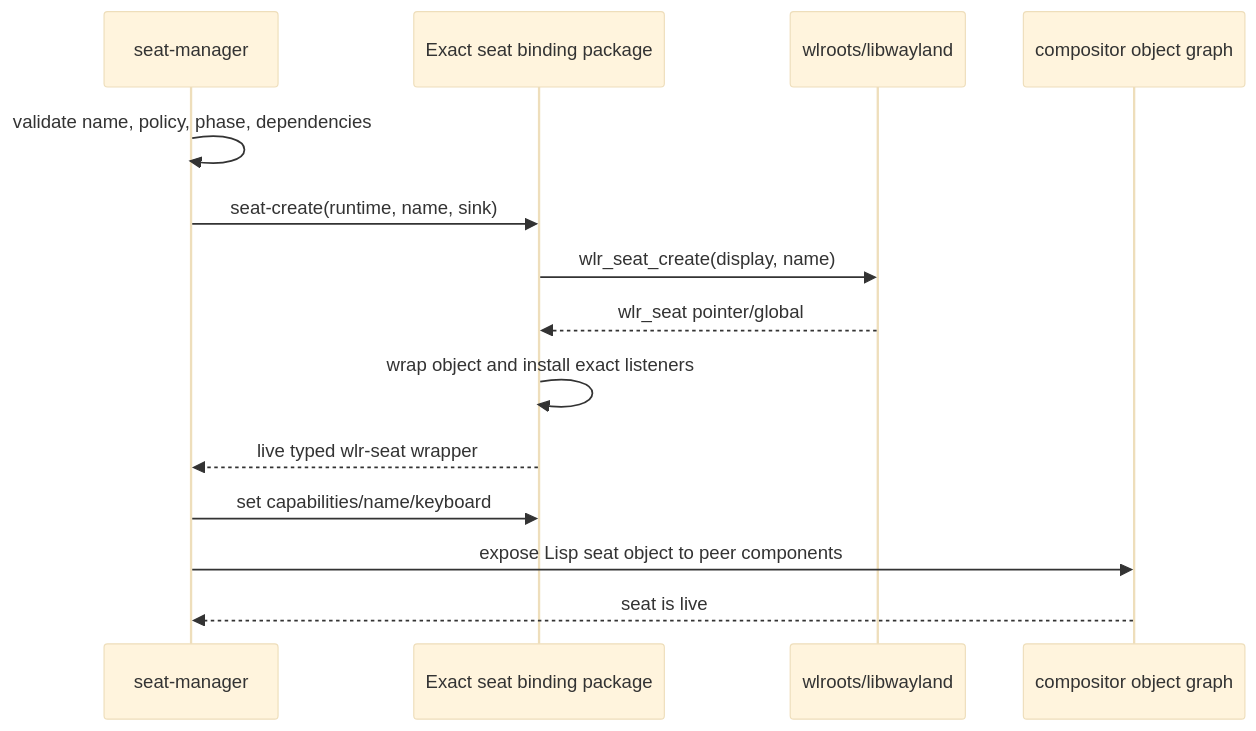
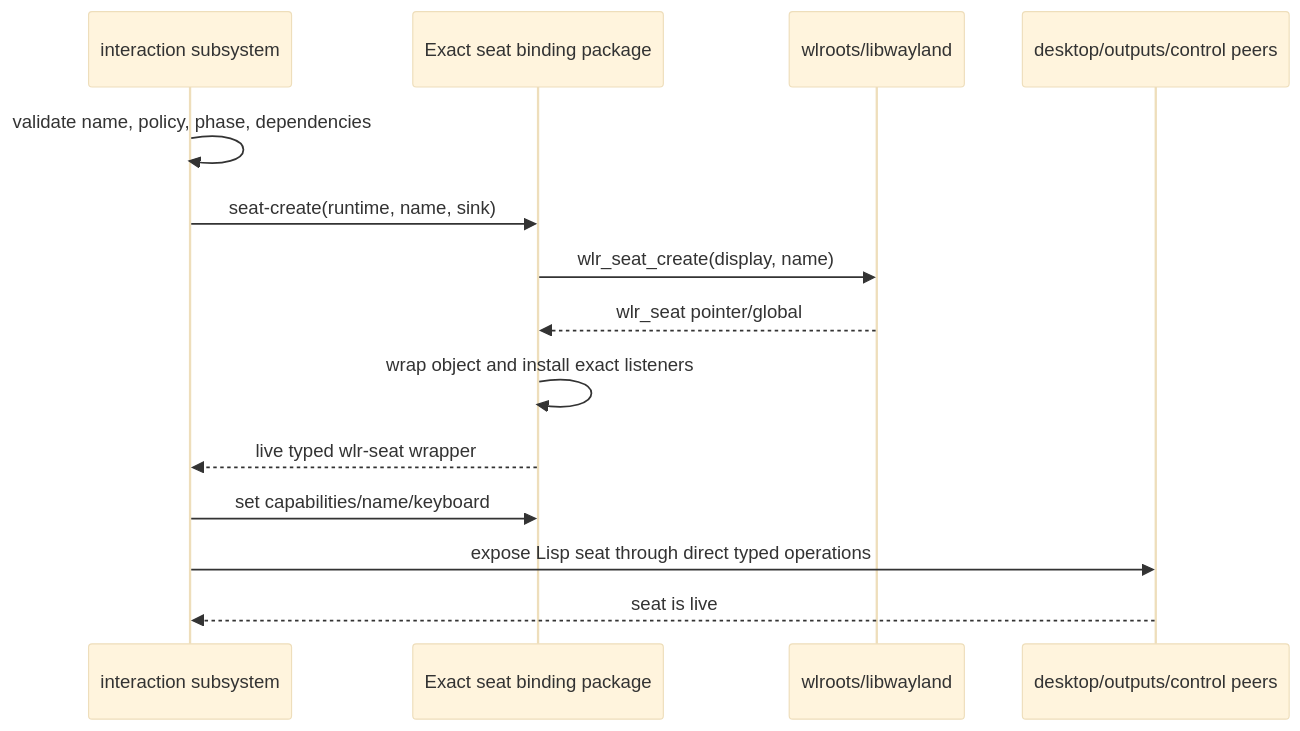
Before and after one commit to SeungheonOh/ataxia: the second of 7 diagrams in docs/WLROOTS-COMPOSITOR-INTERFACE.md, drawn with Mermaid (base theme). The commit also changed other lines of this file and 3 other files, not shown here.

````diff
--- a/docs/WLROOTS-COMPOSITOR-INTERFACE.md
+++ b/docs/WLROOTS-COMPOSITOR-INTERFACE.md
@@ -598,17 +600,17 @@
 ```mermaid
 sequenceDiagram
-    participant M as seat-manager
+    participant M as interaction subsystem
     participant B as Exact seat binding package
     participant W as wlroots/libwayland
-    participant C as compositor object graph
+    participant C as desktop/outputs/control peers
 
     M->>M: validate name, policy, phase, dependencies
     M->>B: seat-create(runtime, name, sink)
     B->>W: wlr_seat_create(display, name)
     W-->>B: wlr_seat pointer/global
     B->>B: wrap object and install exact listeners
     B-->>M: live typed wlr-seat wrapper
     M->>B: set capabilities/name/keyboard
-    M->>C: expose Lisp seat object to peer components
+    M->>C: expose Lisp seat through direct typed operations
     C-->>M: seat is live
 ```
````
